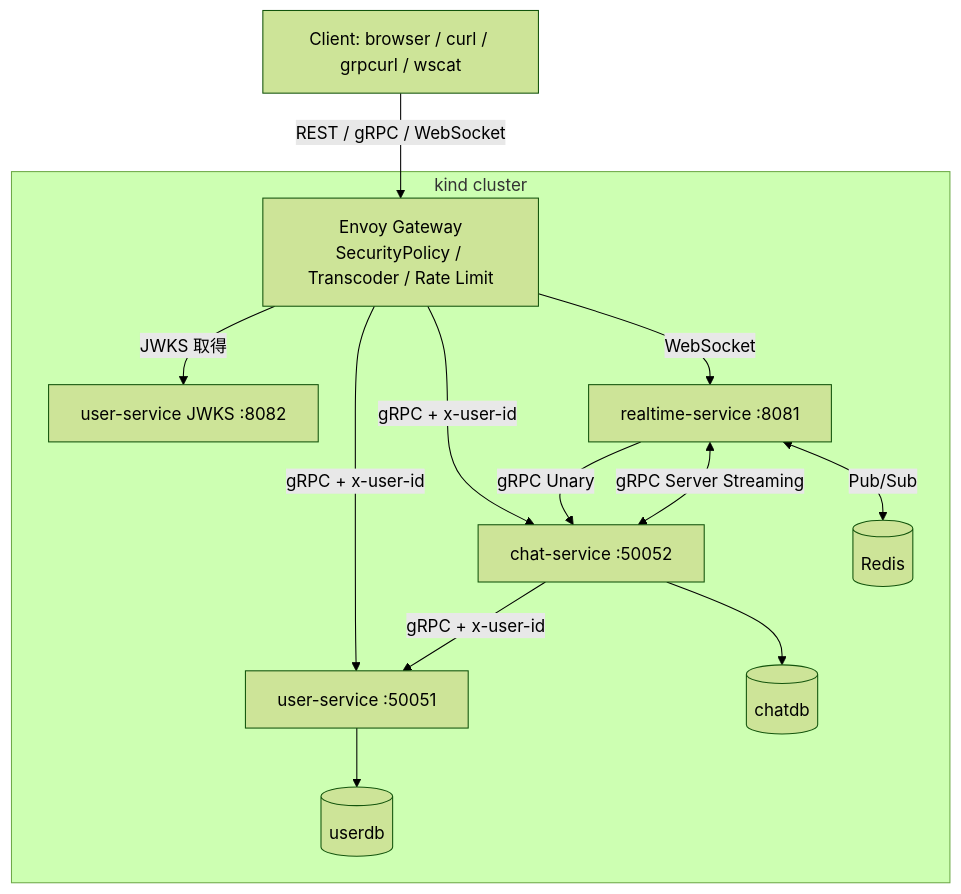
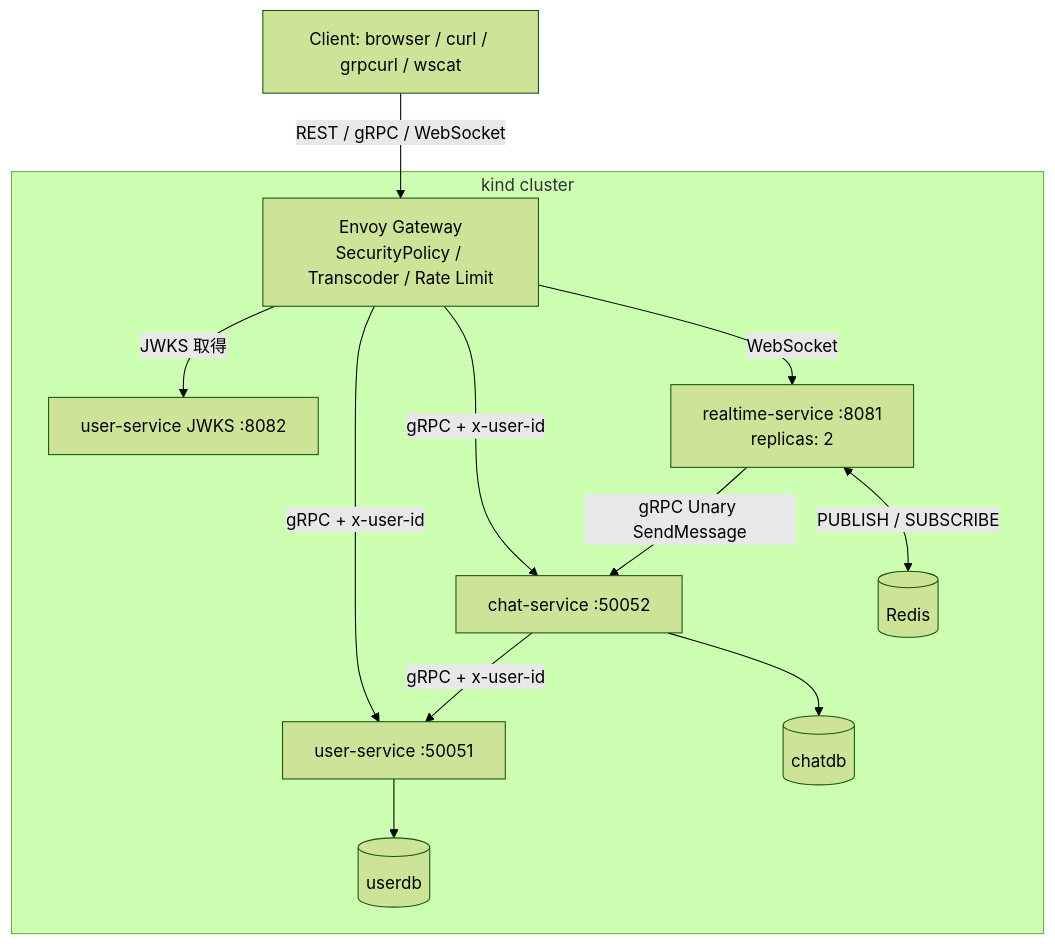
One commit to shunto-ishiguro/go-microservices-chat changed the diagram in docs/learning/phase-4.md. Above: the diagram before and after it, drawn with Mermaid (forest theme). The commit also changed other lines of this file, not shown here.

First line of the commit message:
docs(learning): Phase 4 で realtime-service を replicas: 2 に

````diff
--- a/docs/learning/phase-4.md
+++ b/docs/learning/phase-4.md
@@ -485,21 +491,20 @@
 ```mermaid
 graph TD
     Client[Client: browser / curl / grpcurl / wscat] -->|REST / gRPC / WebSocket| EG
 
     subgraph "kind cluster"
       EG["Envoy Gateway<br/>SecurityPolicy / Transcoder / Rate Limit"]
 
       EG -->|JWKS 取得| JWKS[user-service JWKS :8082]
       EG -->|gRPC + x-user-id| US[user-service :50051]
       EG -->|gRPC + x-user-id| CS[chat-service :50052]
-      EG -->|WebSocket| RS[realtime-service :8081]
+      EG -->|WebSocket| RS[realtime-service :8081<br/>replicas: 2]
 
       CS -->|gRPC + x-user-id| US
-      RS -->|gRPC Unary| CS
-      RS <-->|gRPC Server Streaming| CS
-      RS <-->|Pub/Sub| Redis[("Redis")]
+      RS -->|gRPC Unary SendMessage| CS
+      RS <-->|PUBLISH / SUBSCRIBE| Redis[("Redis")]
 
       US --> PG1[("userdb")]
       CS --> PG2[("chatdb")]
     end
 ```
````
